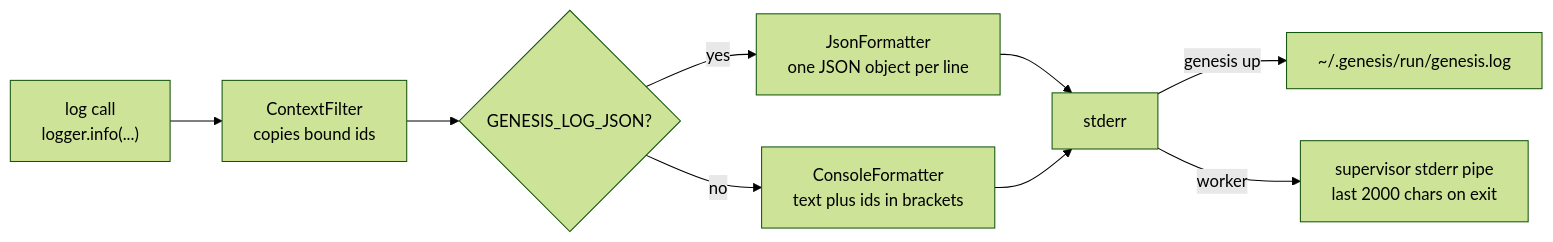
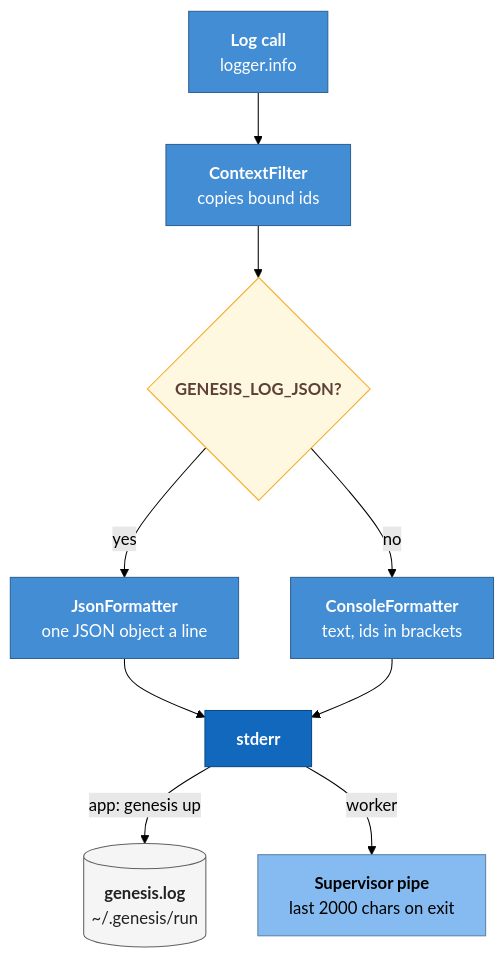
The third of 3 diagrams in genesis/architecture/modules/observability-and-credits.md (ram-020998/project-tracker), drawn with Mermaid (forest theme) before and after one commit. The commit also changed other lines of this file and 24 other files, not shown here.

First line of the commit message:
architecture: rewrite all 86 Mermaid diagrams to one C4 style, each render-checked

````diff
--- a/genesis/architecture/modules/observability-and-credits.md
+++ b/genesis/architecture/modules/observability-and-credits.md
@@ -308,11 +313,25 @@
 ```mermaid
-flowchart LR
-    rec["log call<br/>logger.info(...)"] --> flt["ContextFilter<br/>copies bound ids"]
-    flt --> fmt{"GENESIS_LOG_JSON?"}
-    fmt -->|"yes"| js["JsonFormatter<br/>one JSON object per line"]
-    fmt -->|"no"| cs["ConsoleFormatter<br/>text plus ids in brackets"]
-    js --> err["stderr"]
+flowchart TB
+    rec["<b>Log call</b><br/>logger.info"]:::comp
+    flt["<b>ContextFilter</b><br/>copies bound ids"]:::comp
+    fmt{"<b>GENESIS_LOG_JSON?</b>"}:::note
+    js["<b>JsonFormatter</b><br/>one JSON object a line"]:::comp
+    cs["<b>ConsoleFormatter</b><br/>text, ids in brackets"]:::comp
+    err["<b>stderr</b>"]:::core
+    file[("<b>genesis.log</b><br/>~/.genesis/run")]:::data
+    pipe["<b>Supervisor pipe</b><br/>last 2000 chars on exit"]:::proc
+    rec --> flt --> fmt
+    fmt -- "yes" --> js
+    fmt -- "no" --> cs
+    js --> err
     cs --> err
-    err -->|"genesis up"| file["~/.genesis/run/genesis.log"]
-    err -->|"worker"| pipe["supervisor stderr pipe<br/>last 2000 chars on exit"]
+    err -- "app: genesis up" --> file
+    err -- "worker" --> pipe
+    classDef person fill:#08427b,stroke:#052e56,color:#ffffff
+    classDef core fill:#1168bd,stroke:#0b4884,color:#ffffff
+    classDef comp fill:#438dd5,stroke:#2e6295,color:#ffffff
+    classDef proc fill:#85bbf0,stroke:#5d82a8,color:#000000
+    classDef ext fill:#999999,stroke:#6b6b6b,color:#ffffff
+    classDef data fill:#f5f5f5,stroke:#616161,color:#212121
+    classDef note fill:#fff8e1,stroke:#f9a825,color:#5d4037
 ```
````
